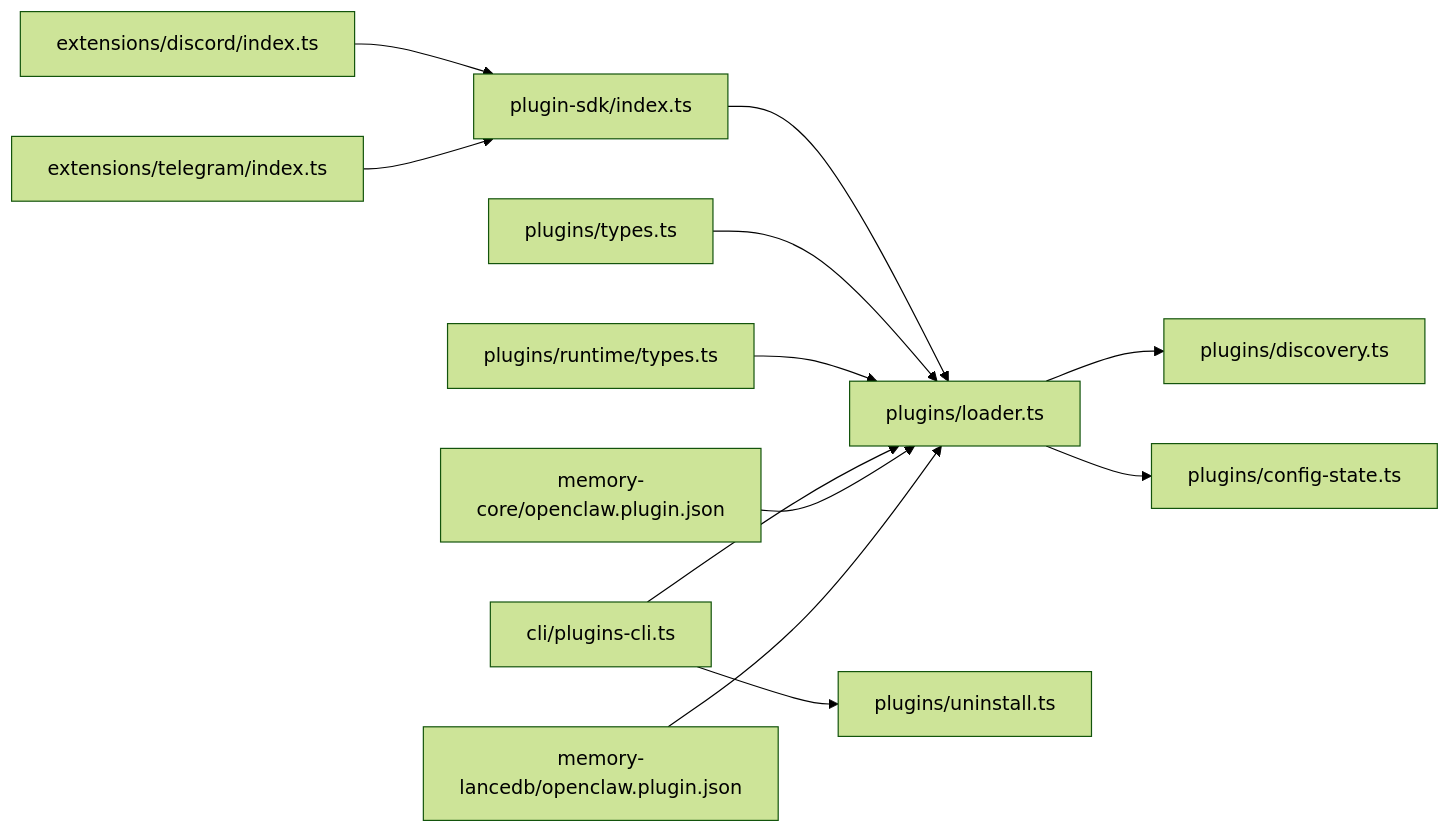
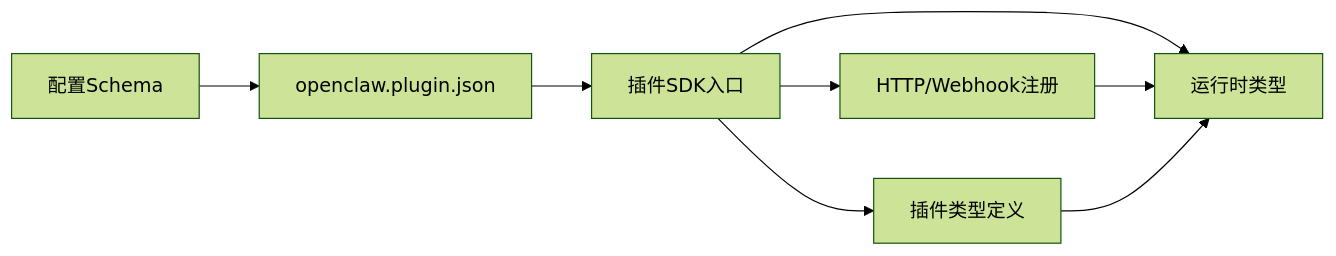
Before and after one commit to botx-work/OpenClaw-Internals: the seventh of 7 diagrams in repowiki/zh/content/插件系统/插件系统.md, drawn with Mermaid (forest theme). The commit also changed other lines of this file and 542 other files, not shown here.

````diff
--- a/repowiki/zh/content/插件系统/插件系统.md
+++ b/repowiki/zh/content/插件系统/插件系统.md
@@ -313,14 +259,10 @@
 ```mermaid
 graph LR
-SDK["plugin-sdk/index.ts"] --> Loader["plugins/loader.ts"]
-Types["plugins/types.ts"] --> Loader
-RTTypes["plugins/runtime/types.ts"] --> Loader
-Loader --> Discovery["plugins/discovery.ts"]
-Loader --> ConfigState["plugins/config-state.ts"]
-CLI["cli/plugins-cli.ts"] --> Loader
-CLI --> Uninstall["plugins/uninstall.ts"]
-DiscIdx["extensions/discord/index.ts"] --> SDK
-TelIdx["extensions/telegram/index.ts"] --> SDK
-MemCore["memory-core/openclaw.plugin.json"] --> Loader
-MemLance["memory-lancedb/openclaw.plugin.json"] --> Loader
+SDK["插件SDK入口"] --> Types["插件类型定义"]
+SDK --> Runtime["运行时类型"]
+SDK --> Http["HTTP/Webhook注册"]
+Manifest["openclaw.plugin.json"] --> SDK
+Schema["配置Schema"] --> Manifest
+Http --> Runtime
+Types --> Runtime
 ```
````
